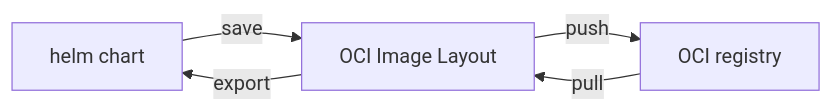
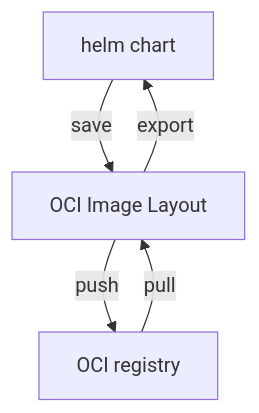
The diagram in content/posts/oci-image/index.md (raygecao/blog), drawn with Mermaid before and after one commit. The commit also changed other lines of this file and 1 other file, not shown here.

```diff
--- a/content/posts/oci-image/index.md
+++ b/content/posts/oci-image/index.md
@@ -447,7 +447,7 @@
 {{< mermaid >}}
-graph LR
+graph TB;
 chart[helm chart]--save-->local[OCI Image Layout]
 local --push-->registry[OCI registry]
 registry--pull-->local
 local --export-->chart
 {{< /mermaid >}}
```
